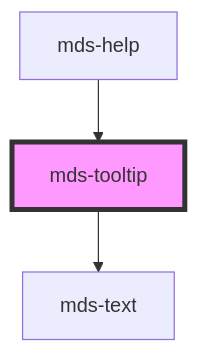
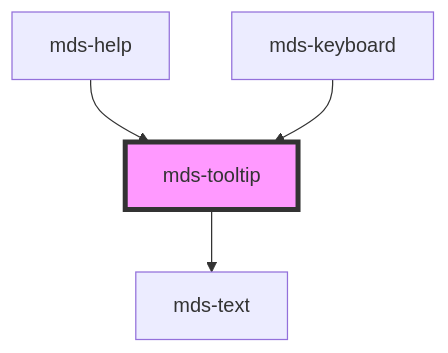
The diagram in projects/stencil/src/components/mds-tooltip/readme.md (magma-design-system/magma), drawn with Mermaid before and after one commit. The commit also changed other lines of this file and 11 other files, not shown here.

Commit message:
feat(mds-keyboard): add component to pubblication pipeline

````diff
--- a/projects/stencil/src/components/mds-tooltip/readme.md
+++ b/projects/stencil/src/components/mds-tooltip/readme.md
@@ -80,6 +81,7 @@
 ```mermaid
 graph TD;
   mds-tooltip --> mds-text
   mds-help --> mds-tooltip
+  mds-keyboard --> mds-tooltip
   style mds-tooltip fill:#f9f,stroke:#333,stroke-width:4px
 ```
````
